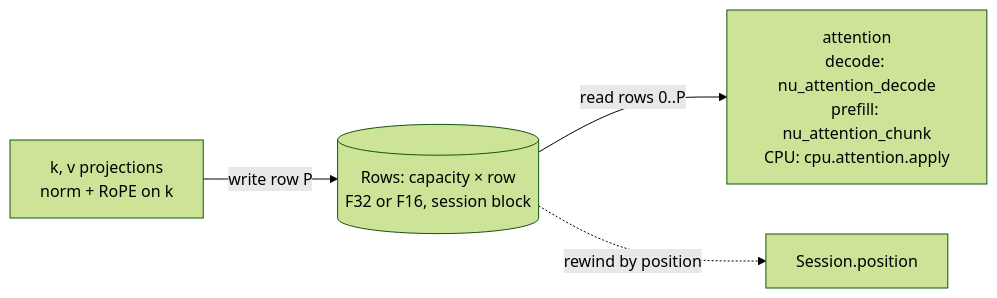
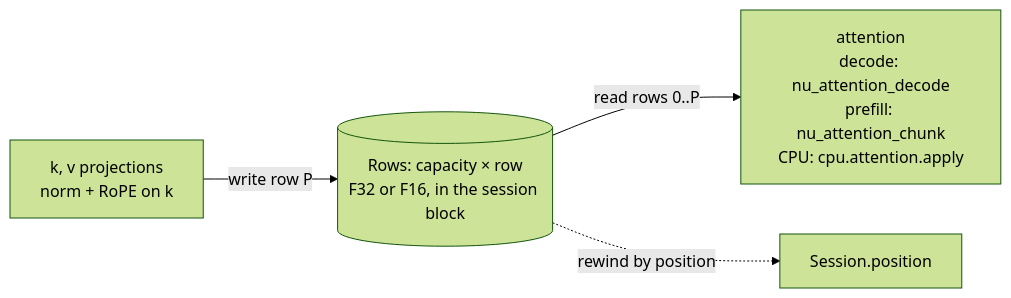
Before and after one commit to tildaslashalef/nuclis: the fifth of 10 diagrams in docs/architecture.md, drawn with Mermaid (forest theme). The commit also changed other lines of this file and 1 other file, not shown here.

Commit message:
docs(repo): the architecture guide as a map: tables, bullets, and pointers, no identifiers in prose (REPO-12)

````diff
--- a/docs/architecture.md
+++ b/docs/architecture.md
@@ -265,6 +226,6 @@
 ```mermaid
 flowchart LR
-    proj[k, v projections\nnorm + RoPE on k] -- write row P --> rows[(Rows: capacity × row\nF32 or F16, session block)]
+    proj[k, v projections\nnorm + RoPE on k] -- write row P --> rows[(Rows: capacity × row\nF32 or F16, in the session block)]
     rows -- read rows 0..P --> attn[attention\ndecode: nu_attention_decode\nprefill: nu_attention_chunk\nCPU: cpu.attention.apply]
     rows -. rewind by position .-> pos[Session.position]
 ```
````
